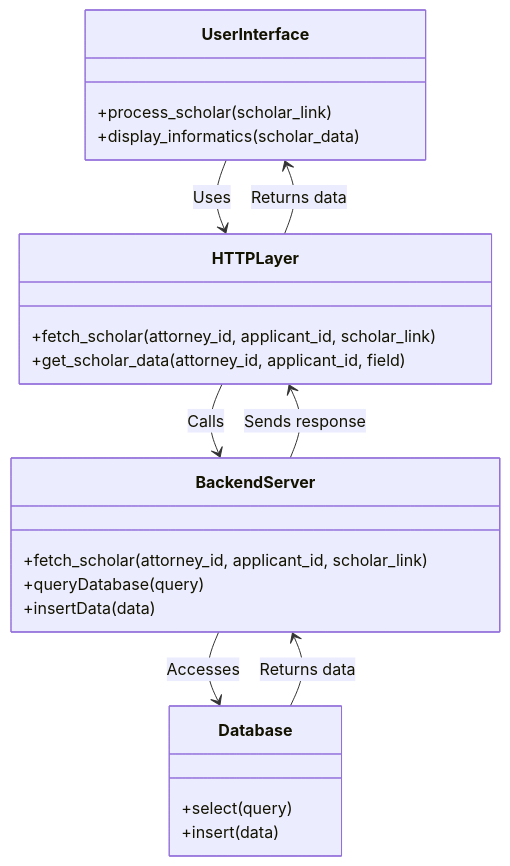
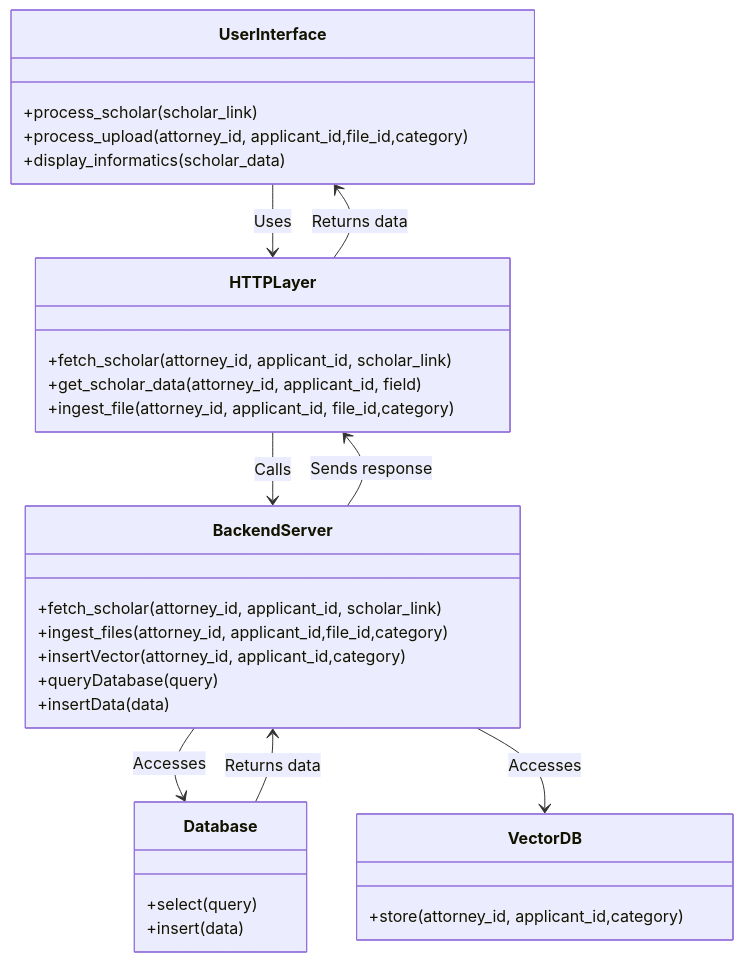
One commit to Orison-AI/orison_ai changed the diagram in api_diagram.md. Above: the diagram before and after it, drawn with Mermaid.

````diff
--- a/api_diagram.md
+++ b/api_diagram.md
@@ -1,30 +1,39 @@
 ```mermaid
 classDiagram
 class UserInterface {
         +process_scholar(scholar_link)
+        +process_upload(attorney_id, applicant_id,file_id,category)
         +display_informatics(scholar_data)
     }
 
 class HTTPLayer {
         +fetch_scholar(attorney_id, applicant_id, scholar_link)
         +get_scholar_data(attorney_id, applicant_id, field)
+        +ingest_file(attorney_id, applicant_id, file_id,category)
     }
 
 class BackendServer {
         +fetch_scholar(attorney_id, applicant_id, scholar_link)
+        +ingest_files(attorney_id, applicant_id,file_id,category)
+        +insertVector(attorney_id, applicant_id,category)
         +queryDatabase(query)
         +insertData(data)
     }
 
 class Database {
         +select(query)
         +insert(data)
     }
 
+class VectorDB {
+    +store(attorney_id, applicant_id,category)
+}
+
 UserInterface-- > HTTPLayer: Uses
 HTTPLayer-- > BackendServer: Calls
 BackendServer-- > Database: Accesses
+BackendServer-- > VectorDB: Accesses
 Database --> BackendServer: Returns data
 BackendServer --> HTTPLayer: Sends response
 HTTPLayer --> UserInterface: Returns data
 ```
````
